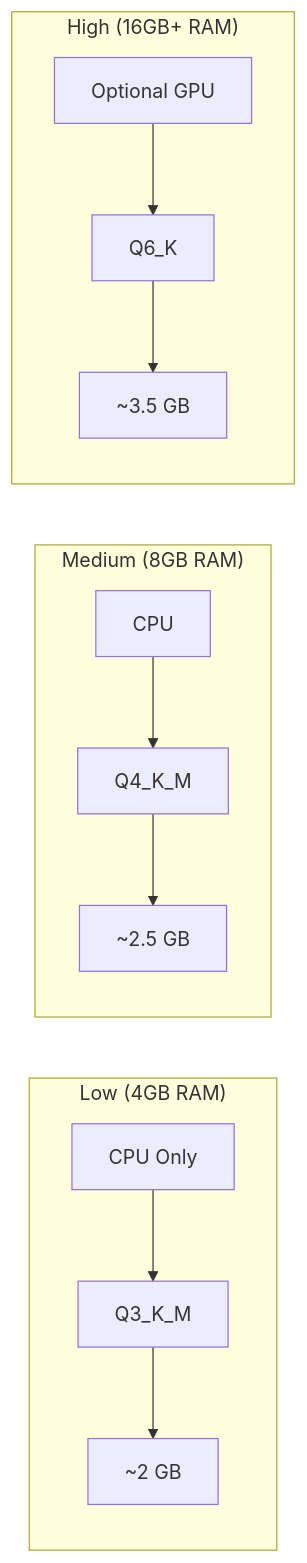
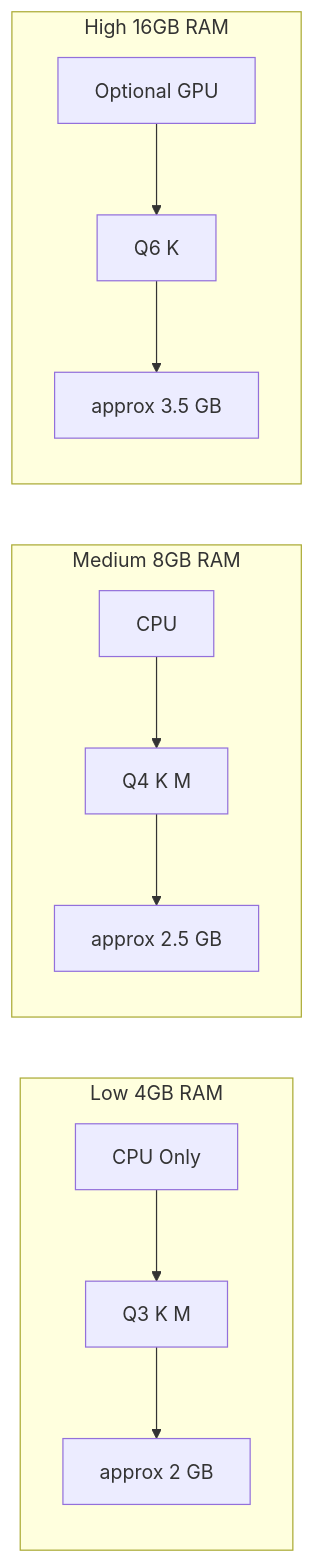
Before and after one commit to rbkhan007/Photato-Phi-3-Custom-Model: diagram 11 of 14 in README.md, drawn with Mermaid. The commit also changed other lines of this file, not shown here.

Commit message:
fix Training Pipeline mermaid diagram rendering

````diff
--- a/README.md
+++ b/README.md
@@ -984,12 +1073,12 @@
 ```mermaid
-graph LR
-    subgraph Low["Low (4GB RAM)"]
-        A1[CPU Only] --> A2[Q3_K_M] --> A3["~2 GB"]
+flowchart LR
+    subgraph Low[Low 4GB RAM]
+        A1["CPU Only"] --> A2["Q3 K M"] --> A3["approx 2 GB"]
     end
-    subgraph Med["Medium (8GB RAM)"]
-        B1[CPU] --> B2[Q4_K_M] --> B3["~2.5 GB"]
+    subgraph Med[Medium 8GB RAM]
+        B1["CPU"] --> B2["Q4 K M"] --> B3["approx 2.5 GB"]
     end
-    subgraph High["High (16GB+ RAM)"]
-        C1[Optional GPU] --> C2[Q6_K] --> C3["~3.5 GB"]
+    subgraph High[High 16GB RAM]
+        C1["Optional GPU"] --> C2["Q6 K"] --> C3["approx 3.5 GB"]
     end
 ```
````
